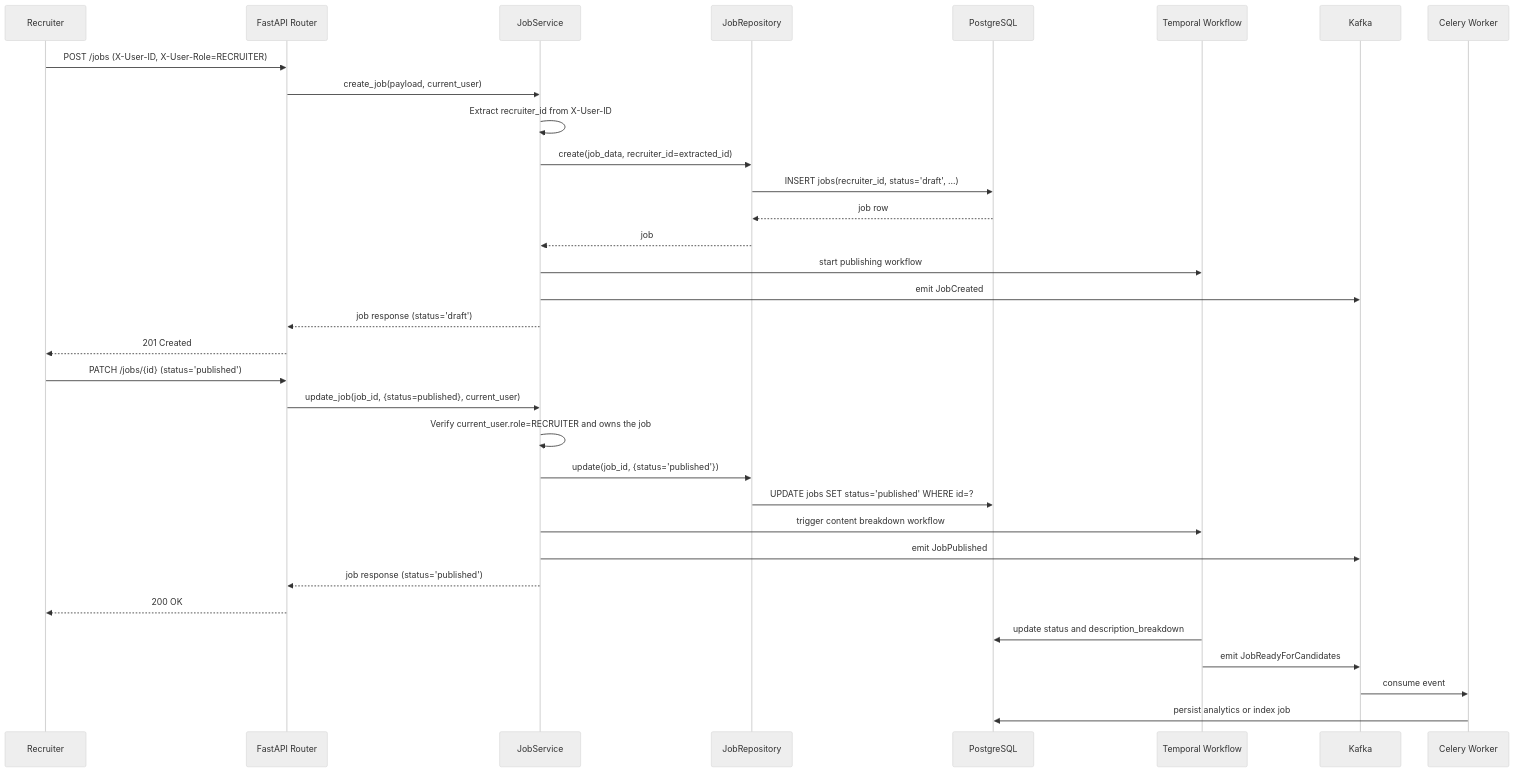
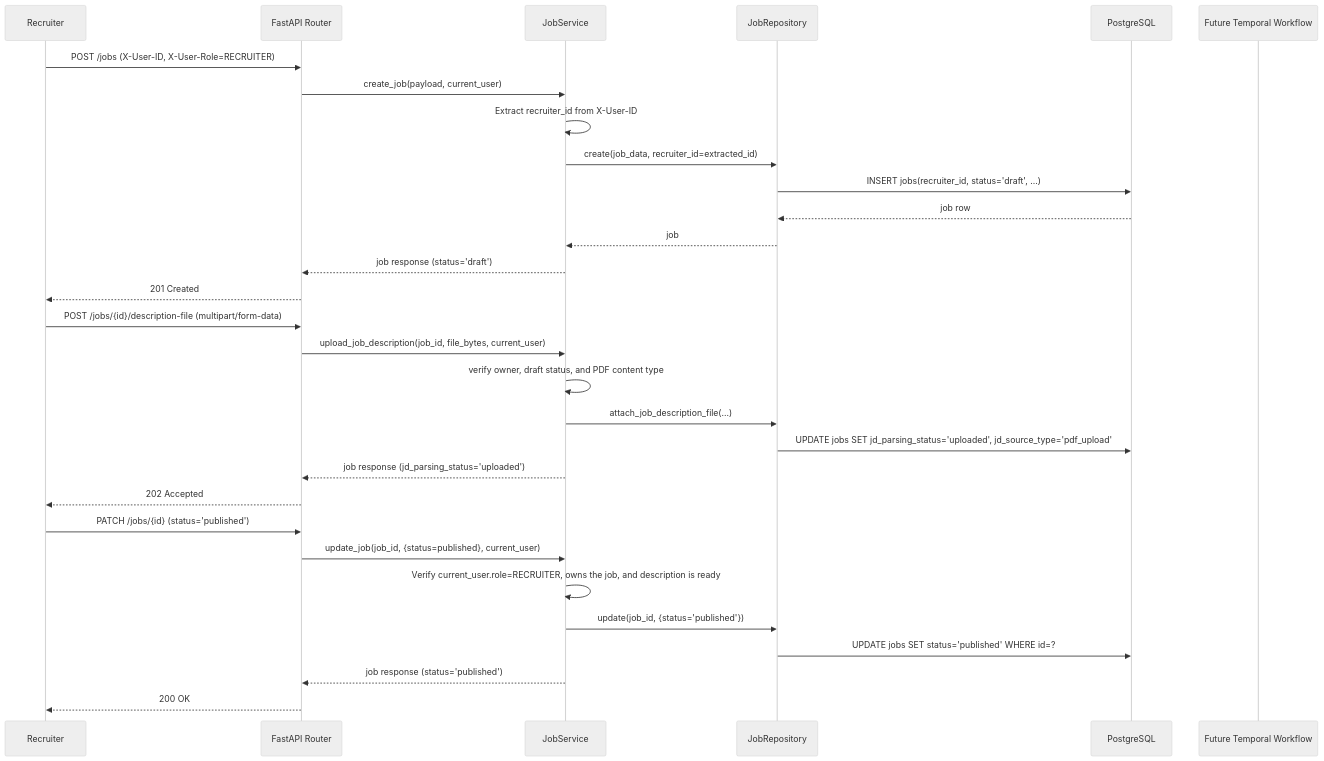
One commit to afnan-emumba/smart-hire changed the third of 5 diagrams in docs/ARCHITECTURE.md. Above: the diagram before and after it, drawn with Mermaid (neutral theme). The commit also changed other lines of this file and 19 other files, not shown here.

First line of the commit message:
feat: add job description upload functionality with PDF support

````diff
--- a/docs/ARCHITECTURE.md
+++ b/docs/ARCHITECTURE.md
@@ -142,38 +144,35 @@
 ```mermaid
 sequenceDiagram
     participant Recruiter
     participant API as FastAPI Router
     participant Service as JobService
     participant Repo as JobRepository
     participant DB as PostgreSQL
-    participant Temporal as Temporal Workflow
-    participant Kafka as Kafka
-    participant Worker as Celery Worker
+    participant Temporal as Future Temporal Workflow
 
     Recruiter->>API: POST /jobs (X-User-ID, X-User-Role=RECRUITER)
     API->>Service: create_job(payload, current_user)
     Service->>Service: Extract recruiter_id from X-User-ID
     Service->>Repo: create(job_data, recruiter_id=extracted_id)
     Repo->>DB: INSERT jobs(recruiter_id, status='draft', ...)
     DB-->>Repo: job row
     Repo-->>Service: job
-    Service->>Temporal: start publishing workflow
-    Service->>Kafka: emit JobCreated
     Service-->>API: job response (status='draft')
     API-->>Recruiter: 201 Created
 
+    Recruiter->>API: POST /jobs/{id}/description-file (multipart/form-data)
+    API->>Service: upload_job_description(job_id, file_bytes, current_user)
+    Service->>Service: verify owner, draft status, and PDF content type
+    Service->>Repo: attach_job_description_file(...)
+    Repo->>DB: UPDATE jobs SET jd_parsing_status='uploaded', jd_source_type='pdf_upload'
+    Service-->>API: job response (jd_parsing_status='uploaded')
+    API-->>Recruiter: 202 Accepted
+
     Recruiter->>API: PATCH /jobs/{id} (status='published')
     API->>Service: update_job(job_id, {status=published}, current_user)
-    Service->>Service: Verify current_user.role=RECRUITER and owns the job
+    Service->>Service: Verify current_user.role=RECRUITER, owns the job, and description is ready
     Service->>Repo: update(job_id, {status='published'})
     Repo->>DB: UPDATE jobs SET status='published' WHERE id=?
-    Service->>Temporal: trigger content breakdown workflow
-    Service->>Kafka: emit JobPublished
     Service-->>API: job response (status='published')
     API-->>Recruiter: 200 OK
-
-    Temporal->>DB: update status and description_breakdown
-    Temporal->>Kafka: emit JobReadyForCandidates
-    Kafka->>Worker: consume event
-    Worker->>DB: persist analytics or index job
 ```
````
